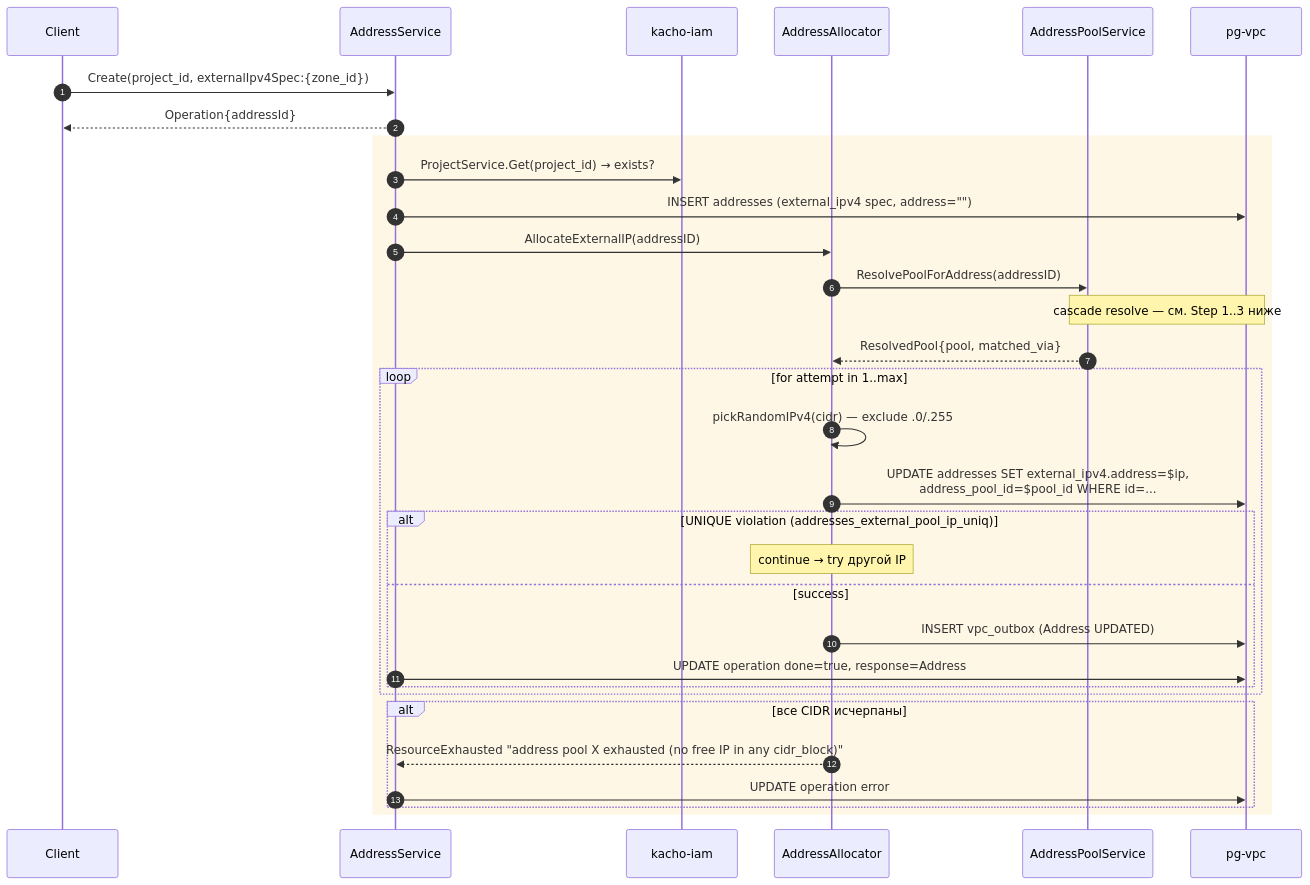
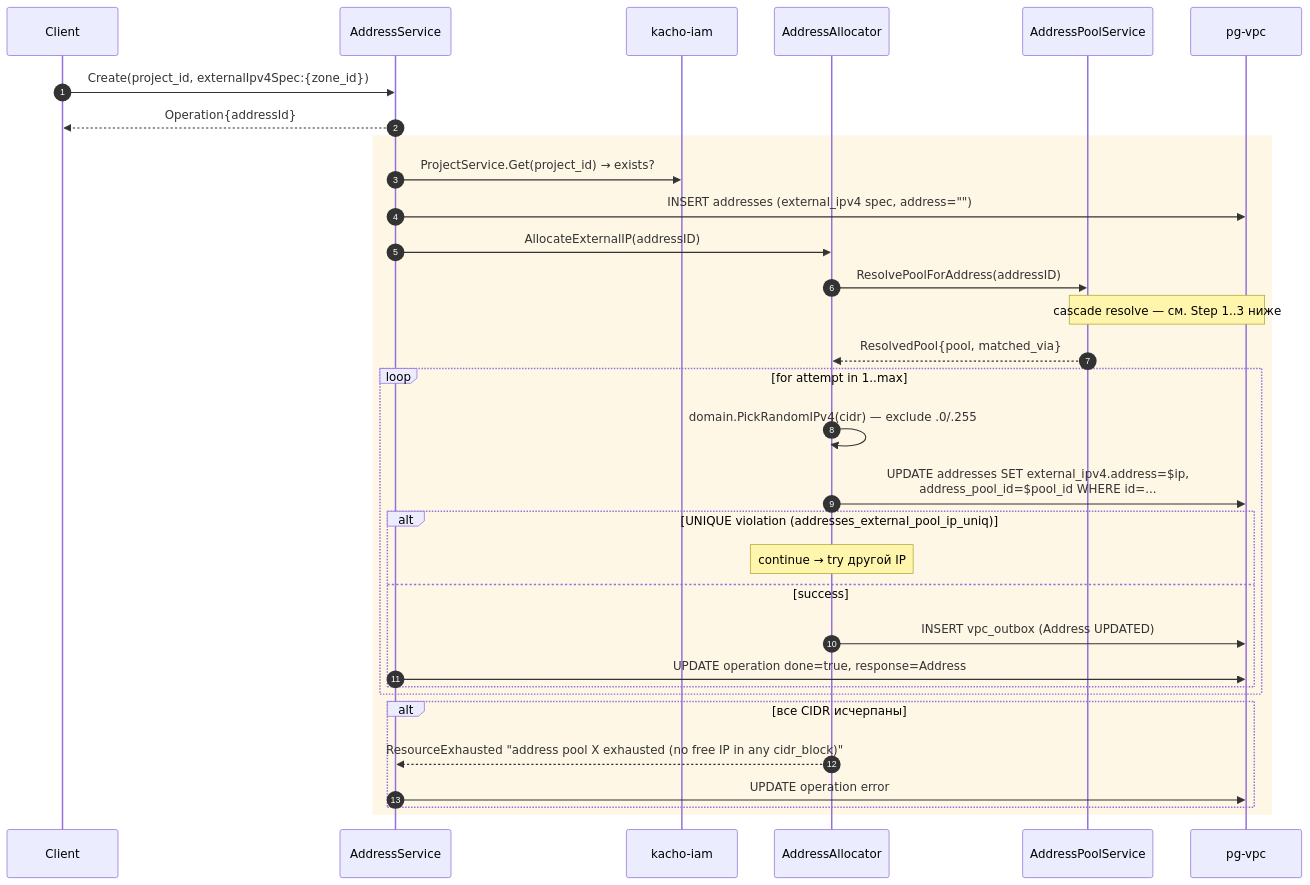
The third of 10 diagrams in services/vpc/docs/engineering/architecture/02-data-flows.md (PRO-Robotech/kacho), drawn with Mermaid before and after one commit. The commit also changed other lines of this file and 11 other files, not shown here.

````diff
--- a/services/vpc/docs/engineering/architecture/02-data-flows.md
+++ b/services/vpc/docs/engineering/architecture/02-data-flows.md
@@ -112,39 +112,39 @@
 ```mermaid
 sequenceDiagram
   autonumber
   participant U as Client
   participant AS as AddressService
   participant RM as kacho-iam
   participant ALC as AddressAllocator
   participant POOL as AddressPoolService
   participant DB as pg-vpc
 
   U->>AS: Create(project_id, externalIpv4Spec:{zone_id})
   AS-->>U: Operation{addressId}
 
   rect rgb(255,247,230)
   AS->>RM: ProjectService.Get(project_id) → exists?
   AS->>DB: INSERT addresses (external_ipv4 spec, address="")
 
   AS->>ALC: AllocateExternalIP(addressID)
   ALC->>POOL: ResolvePoolForAddress(addressID)
   Note over POOL,DB: cascade resolve — см. Step 1..3 ниже
   POOL-->>ALC: ResolvedPool{pool, matched_via}
 
   loop for attempt in 1..max
-    ALC->>ALC: pickRandomIPv4(cidr) — exclude .0/.255
+    ALC->>ALC: domain.PickRandomIPv4(cidr) — exclude .0/.255
     ALC->>DB: UPDATE addresses SET external_ipv4.address=$ip,<br/>address_pool_id=$pool_id WHERE id=...
     alt UNIQUE violation (addresses_external_pool_ip_uniq)
       Note over ALC: continue → try другой IP
     else success
       ALC->>DB: INSERT vpc_outbox (Address UPDATED)
       AS->>DB: UPDATE operation done=true, response=Address
     end
   end
 
   alt все CIDR исчерпаны
     ALC-->>AS: ResourceExhausted "address pool X exhausted (no free IP in any cidr_block)"
     AS->>DB: UPDATE operation error
   end
   end
 ```
````
